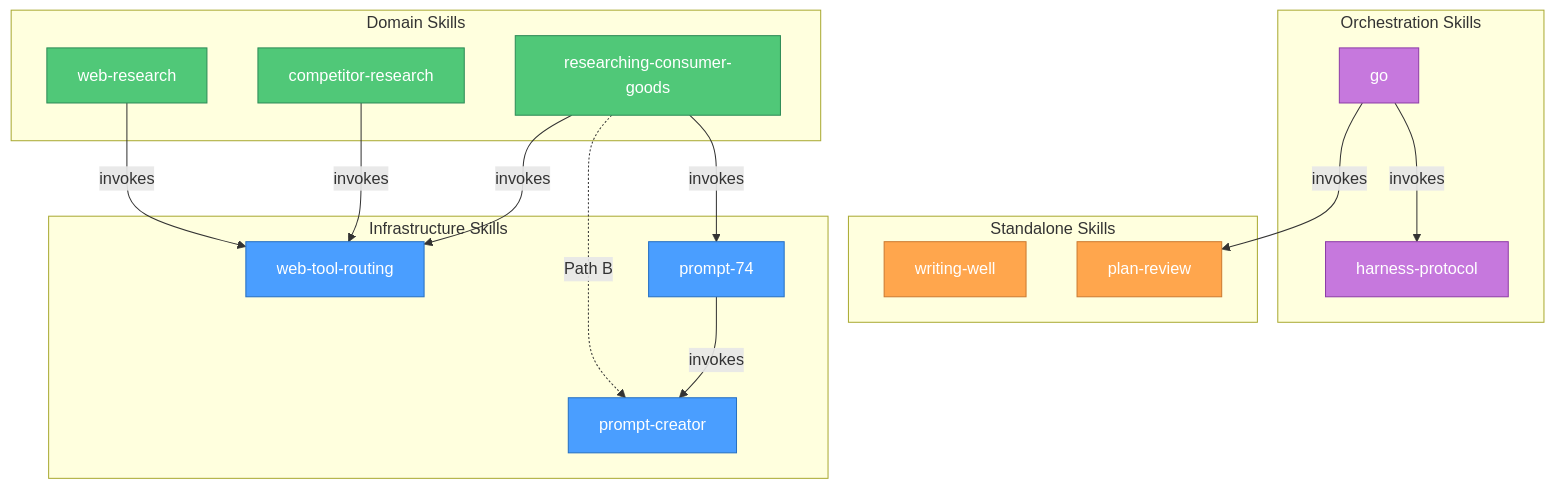
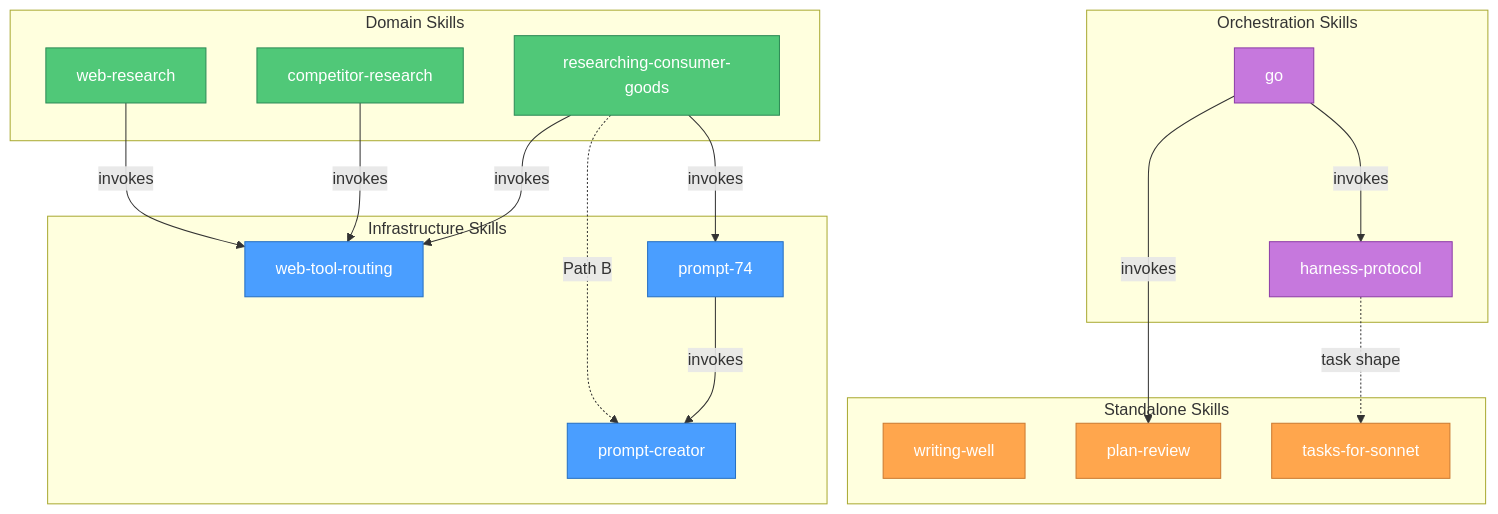
The diagram in README.md (yanchuk/skill-arsenal), drawn with Mermaid before and after one commit. The commit also changed other lines of this file and 7 other files, not shown here.

````diff
--- a/README.md
+++ b/README.md
@@ -43,50 +44,55 @@
 ```mermaid
 graph TB
     subgraph Orchestration["Orchestration Skills"]
         GO["go"]
         HP["harness-protocol"]
     end
 
     subgraph Standalone["Standalone Skills"]
         WW["writing-well"]
         PR["plan-review"]
+        TFS["tasks-for-sonnet"]
     end
 
     subgraph Domain["Domain Skills"]
         WR["web-research"]
         CR["competitor-research"]
         RCG["researching-consumer-goods"]
     end
 
     subgraph Infrastructure["Infrastructure Skills"]
         WTR["web-tool-routing"]
         PC["prompt-creator"]
         P74["prompt-74"]
     end
 
     %% Orchestration → other skills
     GO -->|"invokes"| HP
     GO -->|"invokes"| PR
+
+    %% Orchestration → task-shape (Sonnet handoff)
+    HP -.->|"task shape"| TFS
 
     %% Domain → Infrastructure invocations
     WR -->|"invokes"| WTR
     CR -->|"invokes"| WTR
     RCG -->|"invokes"| WTR
     RCG -.->|"Path B"| PC
     RCG -->|"invokes"| P74
 
     %% Infrastructure → Infrastructure
     P74 -->|"invokes"| PC
 
     %% Styling
     style WTR fill:#4a9eff,stroke:#2670c2,color:#fff
     style PC fill:#4a9eff,stroke:#2670c2,color:#fff
     style P74 fill:#4a9eff,stroke:#2670c2,color:#fff
     style WR fill:#50c878,stroke:#2e8b57,color:#fff
     style CR fill:#50c878,stroke:#2e8b57,color:#fff
     style RCG fill:#50c878,stroke:#2e8b57,color:#fff
     style WW fill:#ffa64d,stroke:#cc7a30,color:#fff
     style PR fill:#ffa64d,stroke:#cc7a30,color:#fff
+    style TFS fill:#ffa64d,stroke:#cc7a30,color:#fff
     style GO fill:#c678dd,stroke:#8e3da8,color:#fff
     style HP fill:#c678dd,stroke:#8e3da8,color:#fff
 ```
````
